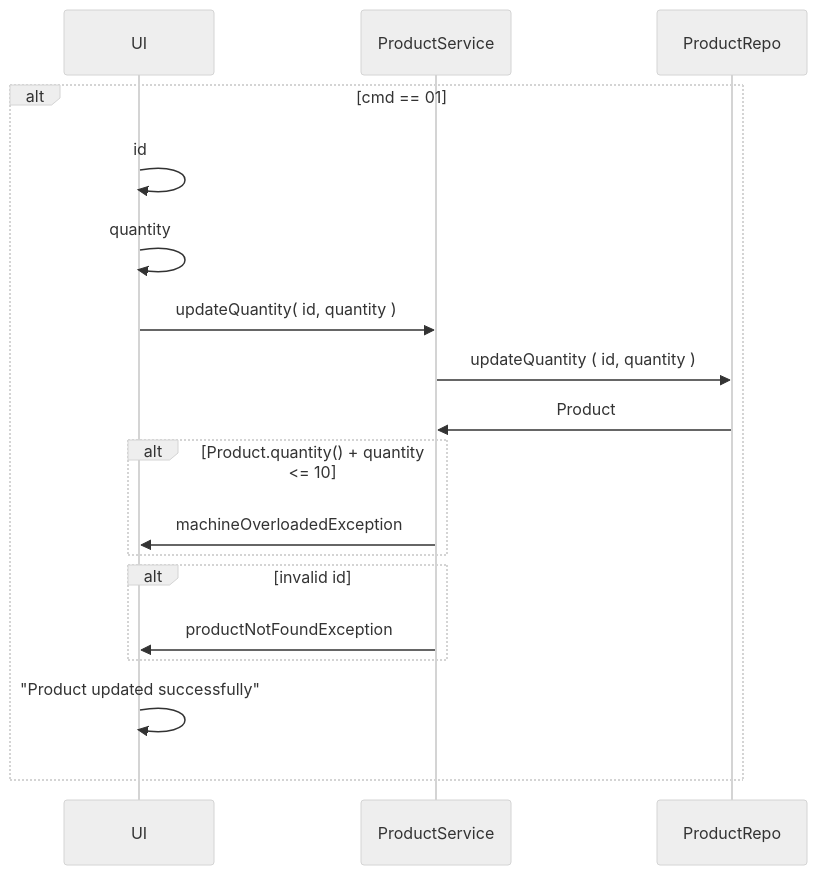
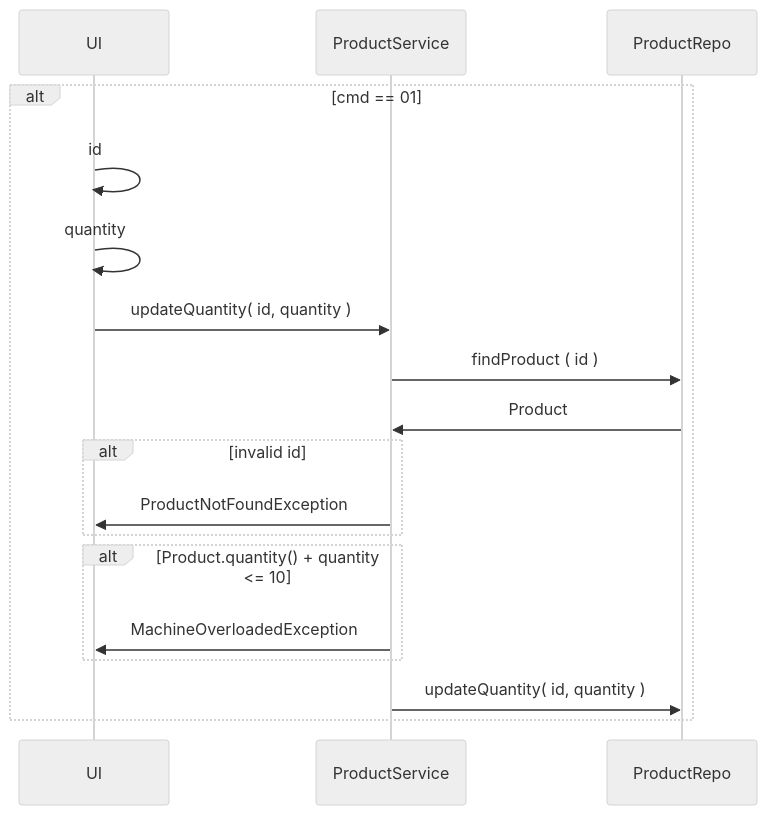
Before and after one commit to Apameus/Vending_Machine: the sixth of 13 diagrams in README.md, drawn with Mermaid (neutral theme). The commit also changed other lines of this file, not shown here.

Commit message:
Retrieve Product refactored

````diff
--- a/README.md
+++ b/README.md
@@ -147,21 +146,21 @@
 ```mermaid
 sequenceDiagram
     participant UI
     participant PS as ProductService
     participant PR as ProductRepo 
     
 alt cmd == 01
 UI ->> UI: id
 UI ->> UI: quantity
 UI ->> PS: updateQuantity( id, quantity )
-PS ->> PR: updateQuantity ( id, quantity )
+PS ->> PR: findProduct ( id )
     PR ->> PS: Product
+    alt invalid id
+        PS ->> UI: ProductNotFoundException
+    end
     alt Product.quantity() + quantity <= 10
-        PS ->> UI: machineOverloadedException
+        PS ->> UI: MachineOverloadedException
     end
-    alt invalid id
-    PS ->> UI: productNotFoundException
-end
-UI ->> UI: "Product updated successfully"
+        PS ->> PR: updateQuantity( id, quantity )
 end
 ```
````
